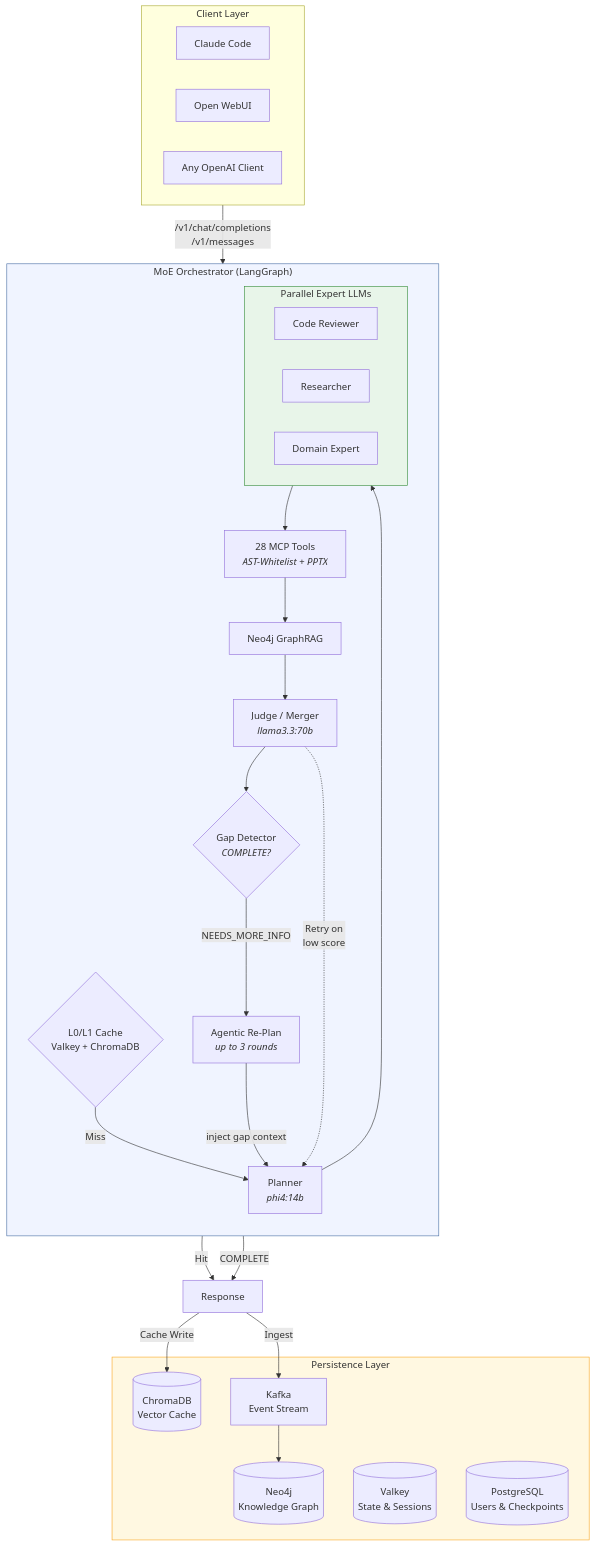
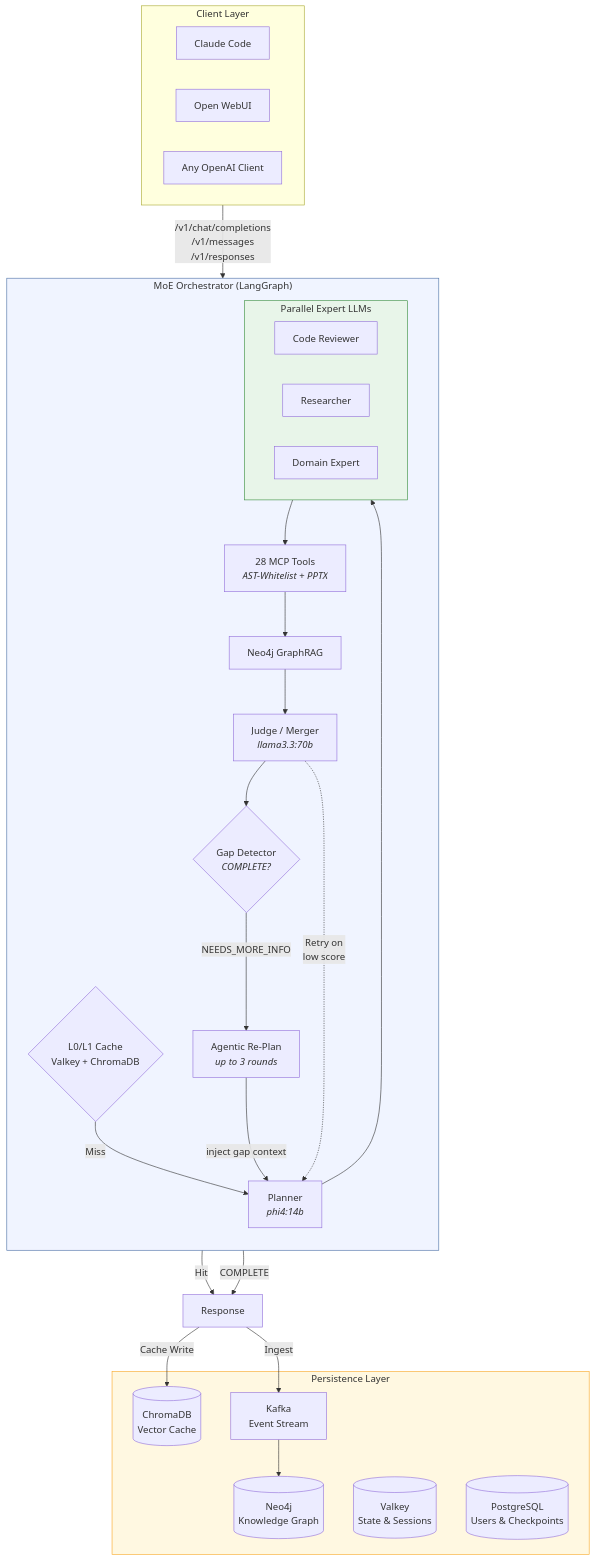
The first of 3 diagrams in README.md (h3rb3rn/moe-sovereign), drawn with Mermaid before and after one commit. The commit also changed other lines of this file and 19 other files, not shown here.

````diff
--- a/README.md
+++ b/README.md
@@ -31,54 +31,54 @@
 ```mermaid
 flowchart TD
     subgraph Clients["Client Layer"]
         CC["Claude Code"]
         OW["Open WebUI"]
         API["Any OpenAI Client"]
     end
 
     subgraph Orchestrator["MoE Orchestrator (LangGraph)"]
         direction TB
         Cache{"L0/L1 Cache<br/>Valkey + ChromaDB"}
         Planner["Planner<br/><i>phi4:14b</i>"]
         
         subgraph Experts["Parallel Expert LLMs"]
             E1["Code Reviewer"]
             E2["Researcher"]
             E3["Domain Expert"]
         end
 
         MCP["28 MCP Tools<br/><i>AST-Whitelist + PPTX</i>"]
         Graph["Neo4j GraphRAG"]
         Judge["Judge / Merger<br/><i>llama3.3:70b</i>"]
         GapCheck{"Gap Detector<br/><i>COMPLETE?</i>"}
         Replan["Agentic Re-Plan<br/><i>up to 3 rounds</i>"]
     end
 
     subgraph Storage["Persistence Layer"]
         Neo4j[("Neo4j<br/>Knowledge Graph")]
         Chroma[("ChromaDB<br/>Vector Cache")]
         Kafka["Kafka<br/>Event Stream"]
         Valkey[("Valkey<br/>State & Sessions")]
         PG[("PostgreSQL<br/>Users & Checkpoints")]
     end
 
-    Clients -->|"/v1/chat/completions<br/>/v1/messages"| Cache
+    Clients -->|"/v1/chat/completions<br/>/v1/messages<br/>/v1/responses"| Cache
     Cache -->|Miss| Planner
     Cache -->|Hit| Response
     Planner --> Experts
     Experts --> MCP
     MCP --> Graph
     Graph --> Judge
     Judge --> GapCheck
     GapCheck -->|"COMPLETE"| Response["Response"]
     GapCheck -->|"NEEDS_MORE_INFO"| Replan
     Replan -->|"inject gap context"| Planner
     Response -->|Ingest| Kafka
     Kafka --> Neo4j
     Response -->|Cache Write| Chroma
     Judge -.->|"Retry on<br/>low score"| Planner
 
     style Orchestrator fill:#f0f4ff,stroke:#4a6fa5
     style Experts fill:#e8f5e9,stroke:#388e3c
     style Storage fill:#fff8e1,stroke:#f9a825
 ```
````
